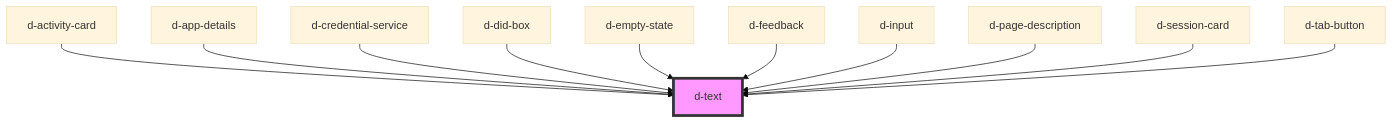
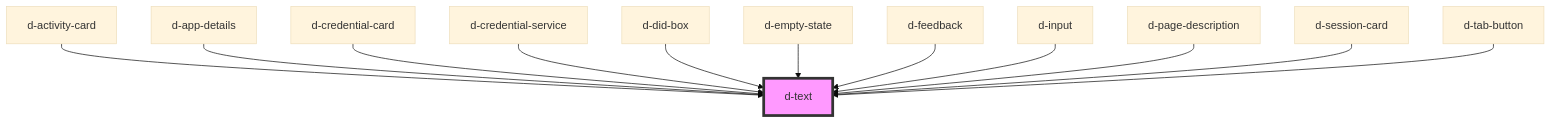
One commit to ForkbombEu/didroom-components changed the diagram in src/components/text/readme.md. Above: the diagram before and after it, drawn with Mermaid (base theme). The commit also changed other lines of this file and 21 other files, not shown here.

````diff
--- a/src/components/text/readme.md
+++ b/src/components/text/readme.md
@@ -32,14 +33,15 @@
 ```mermaid
 graph TD;
   d-activity-card --> d-text
   d-app-details --> d-text
+  d-credential-card --> d-text
   d-credential-service --> d-text
   d-did-box --> d-text
   d-empty-state --> d-text
   d-feedback --> d-text
   d-input --> d-text
   d-page-description --> d-text
   d-session-card --> d-text
   d-tab-button --> d-text
   style d-text fill:#f9f,stroke:#333,stroke-width:4px
 ```
````
